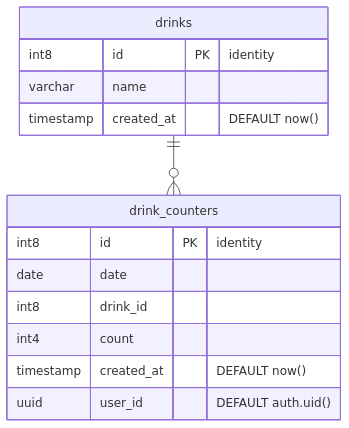
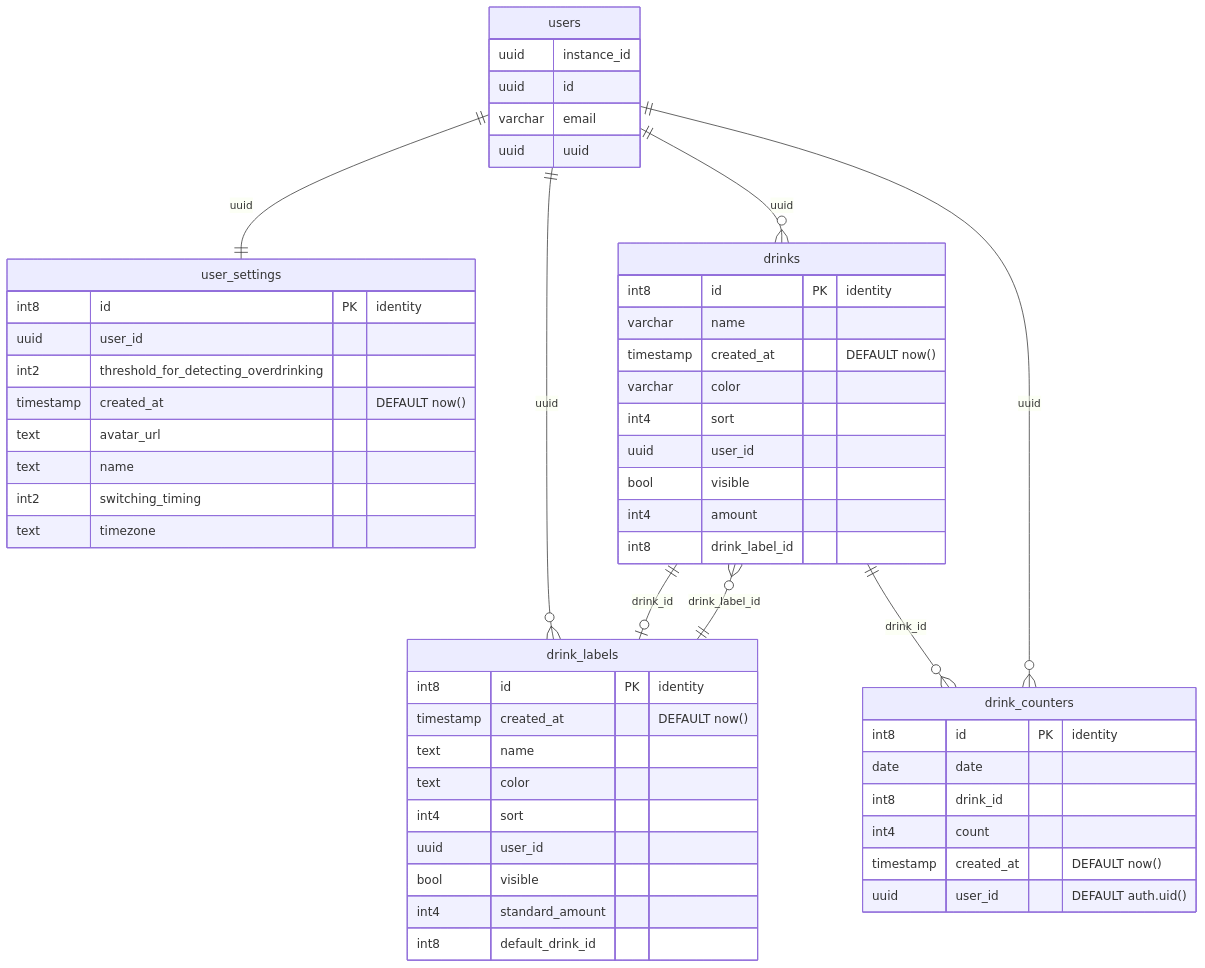
The diagram in db/index.md (KaiShoya/drink-counter-docs), drawn with Mermaid before and after one commit. The commit also changed other lines of this file, not shown here.

Commit message:
大昔に修正したスキーマのコミット漏れ（多分古い）

````diff
--- a/db/index.md
+++ b/db/index.md
@@ -7,17 +9,56 @@
 ```mermaid
 erDiagram
-  drinks ||--o{ drink_counters : ""
+  users ||--|| user_settings : "uuid"
+  users ||--o{ drinks : "uuid"
+  users ||--o{ drink_labels : "uuid"
+  drinks ||--o| drink_labels : "drink_id"
+  drinks ||--o{ drink_counters : "drink_id"
+  users ||--o{ drink_counters : "uuid"
+  drink_labels ||--o{ drinks : "drink_label_id"
+  users {
+    uuid instance_id
+    uuid id
+    varchar email
+    uuid uuid
+  }
+  user_settings {
+    int8 id PK "identity"
+    uuid user_id
+    int2 threshold_for_detecting_overdrinking
+    timestamp created_at "DEFAULT now()"
+    text avatar_url
+    text name
+    int2 switching_timing
+    text timezone
+  }
+  drink_labels {
+    int8 id PK "identity"
+    timestamp created_at "DEFAULT now()"
+    text name
+    text color
+    int4 sort
+    uuid user_id
+    bool visible
+    int4 standard_amount
+    int8 default_drink_id
+  }
   drinks {
     int8 id PK "identity"
     varchar name
     timestamp created_at "DEFAULT now()"
+    varchar color
+    int4 sort
+    uuid user_id
+    bool visible
+    int4 amount
+    int8 drink_label_id
   }
   drink_counters {
     int8 id PK "identity"
     date date
     int8 drink_id
     int4 count
     timestamp created_at "DEFAULT now()"
     uuid user_id "DEFAULT auth.uid()"
   }
 ```
````
